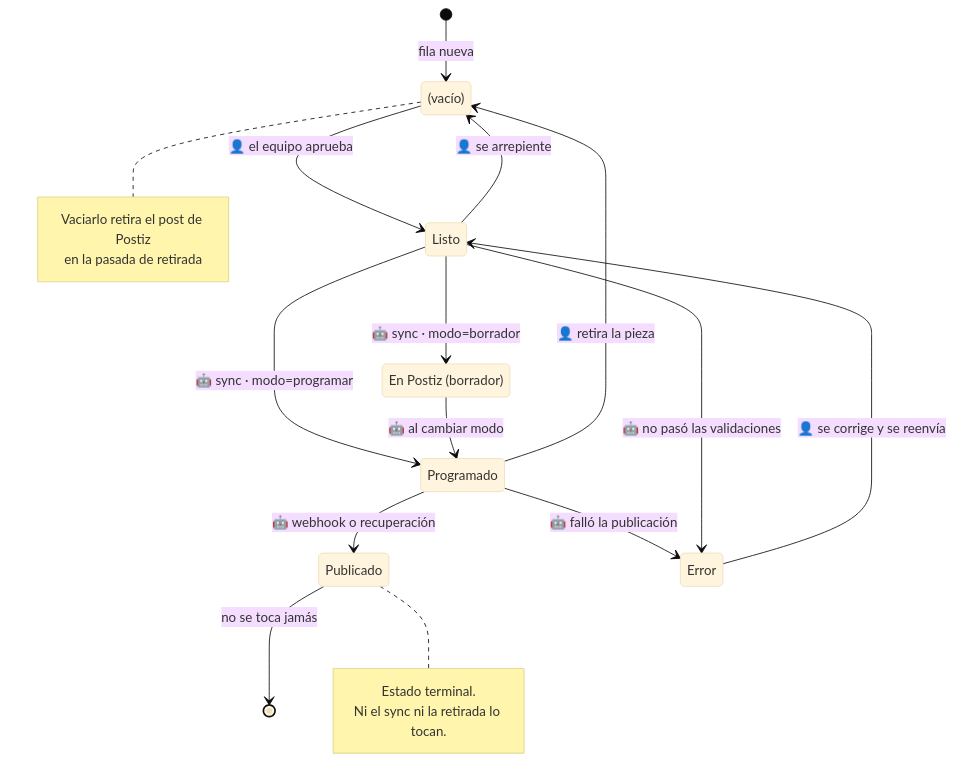
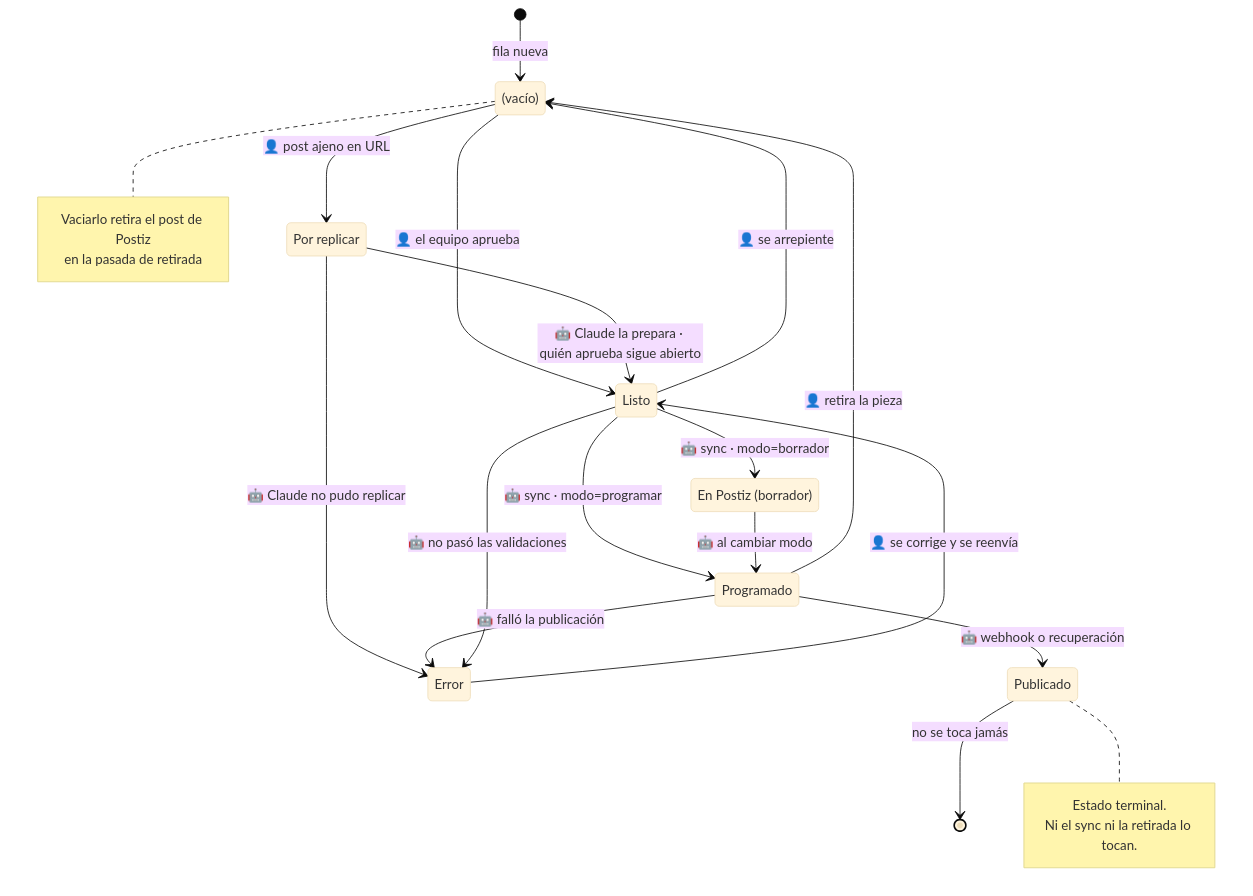
Before and after one commit to dustin-calderon/postiz-app: the eighth of 11 diagrams in docs/architecture/CONTENT_PIPELINE_DIAGRAMS.md, drawn with Mermaid (base theme). The commit also changed other lines of this file and 1 other file, not shown here.

Commit message:
docs(pipeline): Por replicar, la credencial de Notion y dos afirmaciones que no se sostenían
Status gana una opción previa a Listo, «Por replicar», para replicar carruseles
ajenos: la escribe una persona y la prepara Claude por el conector de Notion.
Ningún workflow la lee (comprobado en los filtros del sync, la recuperación y la
retirada). Quién la pasa a Listo queda como decisión abierta #8, porque que lo
haga un LLM choca con §6.

Dos correcciones medidas:
- §14.2 decía que las descripciones de propiedad no se pueden restaurar por
  programa. Con el MCP de Notion sí: ALTER … COMMENT la dejó escrita.
- §14.2 llamaba «IG · Publicación» a una vista que en Notion es «▶ Publicar en IG».

Y lo que faltaba en §14.3: la credencial de Notion lleva el token de la
integración Motion_to_Notio. El 2026-09-13 perdió acceso a la base y los cuatro
workflows fallaron a la vez con 404.

````diff
--- a/docs/architecture/CONTENT_PIPELINE_DIAGRAMS.md
+++ b/docs/architecture/CONTENT_PIPELINE_DIAGRAMS.md
@@ -294,30 +294,34 @@
 ```mermaid
 stateDiagram-v2
     [*] --> Vacio: fila nueva
     Vacio: (vacío)
 
     Vacio --> Listo: 👤 el equipo aprueba
+    Vacio --> PorReplicar: 👤 post ajeno en URL
+    PorReplicar: Por replicar
+    PorReplicar --> Listo: 🤖 Claude la prepara · quién aprueba sigue abierto
+    PorReplicar --> Error: 🤖 Claude no pudo replicar
     Listo --> Programado: 🤖 sync · modo=programar
     Listo --> EnPostiz: 🤖 sync · modo=borrador
     EnPostiz: En Postiz (borrador)
 
     Programado --> Publicado: 🤖 webhook o recuperación
     Programado --> Error: 🤖 falló la publicación
     Listo --> Error: 🤖 no pasó las validaciones
     EnPostiz --> Programado: 🤖 al cambiar modo
 
     Error --> Listo: 👤 se corrige y se reenvía
     Programado --> Vacio: 👤 retira la pieza
     Listo --> Vacio: 👤 se arrepiente
 
     Publicado --> [*]: no se toca jamás
 
     note right of Vacio
         Vaciarlo retira el post de Postiz
         en la pasada de retirada
     end note
     note right of Publicado
         Estado terminal.
         Ni el sync ni la retirada lo tocan.
     end note
 ```
````
